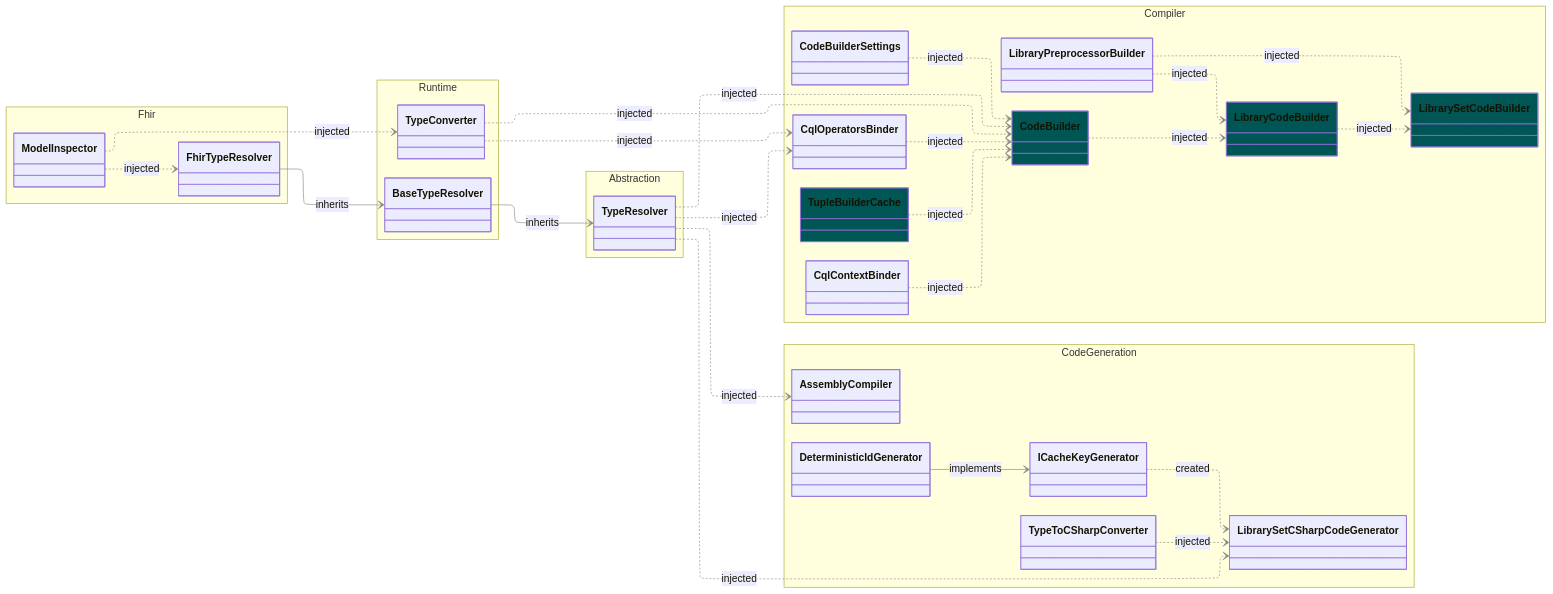
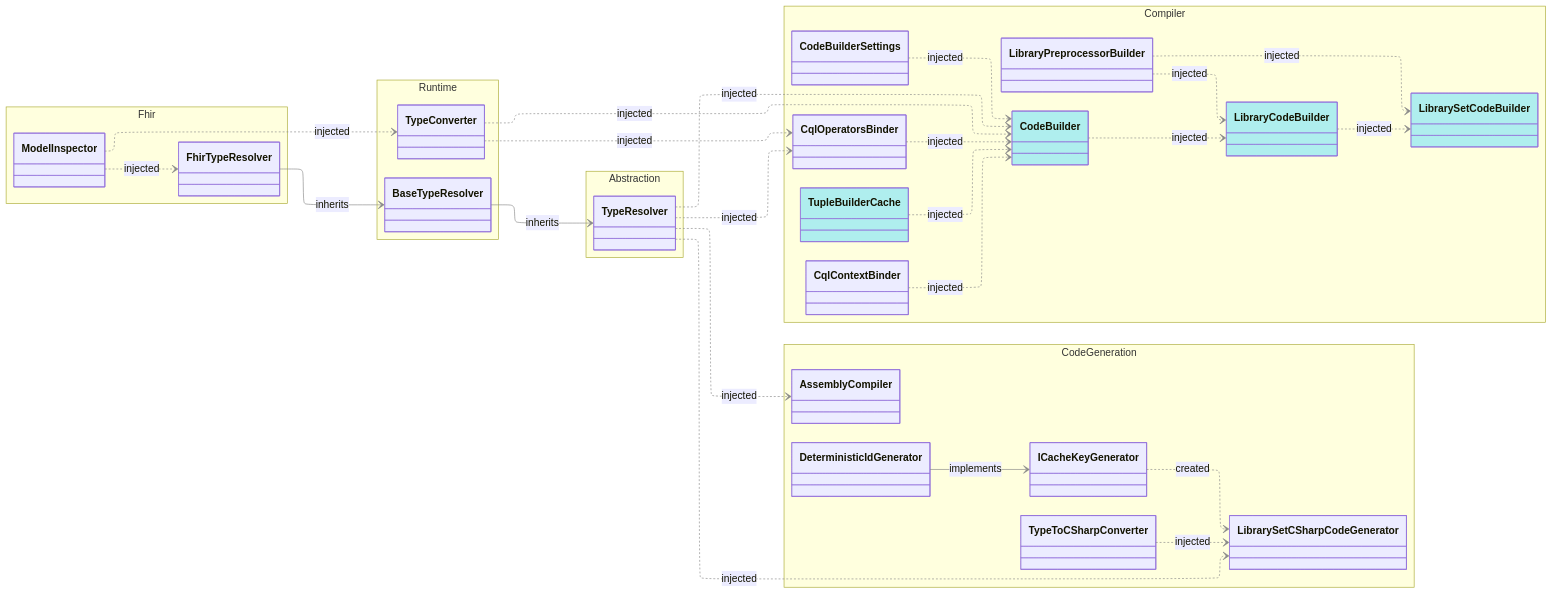
One commit to FirelyTeam/firely-cql-sdk changed the diagram in docs/diagrams/dependency-diagrams.elm-toolkit-services.mmd. Above: the diagram before and after it, drawn with Mermaid. The commit also changed 3 other files, not shown here.

First line of the commit message:
Fix illegible dark text on dark-cyan fill for scoped-service diagram nodes

```diff
--- a/docs/diagrams/dependency-diagrams.elm-toolkit-services.mmd
+++ b/docs/diagrams/dependency-diagrams.elm-toolkit-services.mmd
@@ -1,79 +1,79 @@
 %%{init: {
     'layout': 'elk',
     'themeVariables':{
       'lineColor': '#888',
       'lineWidth': 4
 }}}%%
 
 classDiagram
 
     direction LR
 
     namespace Compiler {
         class LibrarySetCodeBuilder { }    
         class LibraryCodeBuilder { }    
         class CodeBuilder { }    
         class CodeBuilderSettings { }    
         class TupleBuilderCache { }
         class CqlContextBinder { }
         class CqlOperatorsBinder { }       
         class LibraryPreprocessorBuilder { }
     }
 
     namespace CodeGeneration {
         class TypeToCSharpConverter { }
         class LibrarySetCSharpCodeGenerator { }
         class AssemblyCompiler { }
         class ICacheKeyGenerator { }
         class DeterministicIdGenerator { }
     }
 
     namespace Abstraction {
         class TypeResolver { }
     }
 
     namespace Runtime {
         class BaseTypeResolver { }
         class TypeConverter { }
     }
 
     namespace Fhir {
         class FhirTypeResolver { }
         class ModelInspector { }
     }
 
     %% Style Scoped Types as Cyan
-    style LibrarySetCodeBuilder fill:#055
-    style LibraryCodeBuilder fill:#055
-    style CodeBuilder fill:#055
-    style TupleBuilderCache fill:#055
+    style LibrarySetCodeBuilder fill:#AFEEEE
+    style LibraryCodeBuilder fill:#AFEEEE
+    style CodeBuilder fill:#AFEEEE
+    style TupleBuilderCache fill:#AFEEEE
     
     %% Inheritance  
     BaseTypeResolver --> TypeResolver : inherits
     FhirTypeResolver --> BaseTypeResolver : inherits
     DeterministicIdGenerator --> ICacheKeyGenerator : implements
     
     %% Dependencies                                                 
     LibraryCodeBuilder ..> LibrarySetCodeBuilder : injected
     LibraryPreprocessorBuilder ..> LibrarySetCodeBuilder : injected
     CodeBuilder ..> LibraryCodeBuilder : injected
     LibraryPreprocessorBuilder ..> LibraryCodeBuilder : injected
 
     TypeResolver ..> CodeBuilder : injected
     CqlOperatorsBinder ..> CodeBuilder : injected
     TupleBuilderCache ..> CodeBuilder : injected
     CqlContextBinder ..> CodeBuilder : injected
     CodeBuilderSettings ..> CodeBuilder : injected
     TypeConverter ..> CodeBuilder : injected
 
     TypeResolver ..> CqlOperatorsBinder : injected
     TypeConverter ..> CqlOperatorsBinder : injected
 
     ModelInspector ..> TypeConverter : injected  
     ModelInspector ..> FhirTypeResolver : injected  
 
     TypeToCSharpConverter ..> LibrarySetCSharpCodeGenerator : injected
     TypeResolver ..> LibrarySetCSharpCodeGenerator : injected
     ICacheKeyGenerator ..> LibrarySetCSharpCodeGenerator : created
 
     TypeResolver ..> AssemblyCompiler : injected
```
